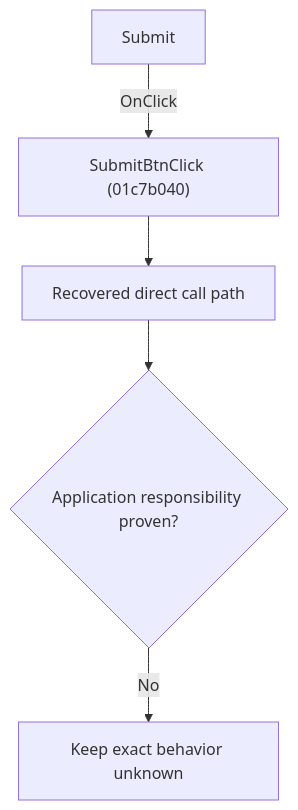
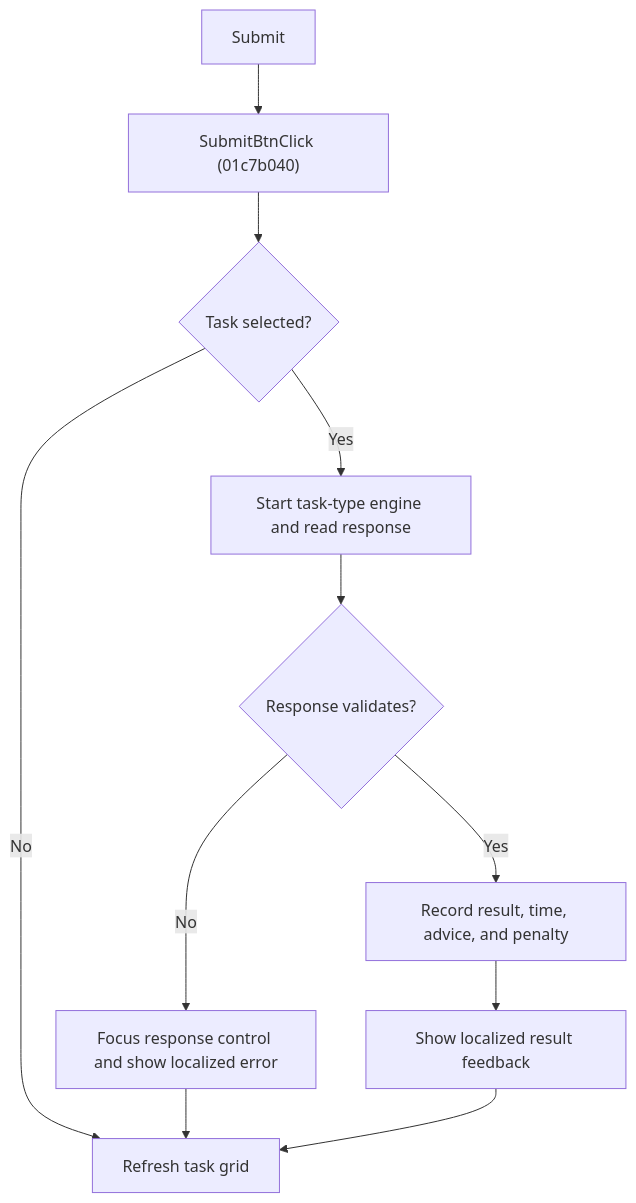
One commit to MovGP0/TIARA changed the diagram in docs/ui-controls/schematiceditor/submitbtn-386bf7c8f9.md. Above: the diagram before and after it, drawn with Mermaid. The commit also changed other lines of this file and 241 other files, not shown here.

````diff
--- a/docs/ui-controls/schematiceditor/submitbtn-386bf7c8f9.md
+++ b/docs/ui-controls/schematiceditor/submitbtn-386bf7c8f9.md
@@ -27,7 +20,13 @@
 ```mermaid
 flowchart TD
-    control["Submit"] -->|"OnClick"| handler["SubmitBtnClick (01c7b040)"]
-    handler --> recovered["Recovered direct call path"]
-    recovered --> gap{"Application responsibility proven?"}
-    gap -->|"No"| blocked["Keep exact behavior unknown"]
+    control["Submit"] --> handler["SubmitBtnClick (01c7b040)"]
+    handler --> selected{"Task selected?"}
+    selected -->|"No"| refresh["Refresh task grid"]
+    selected -->|"Yes"| prepare["Start task-type engine and read response"]
+    prepare --> valid{"Response validates?"}
+    valid -->|"No"| error["Focus response control and show localized error"]
+    valid -->|"Yes"| record["Record result, time, advice, and penalty"]
+    record --> feedback["Show localized result feedback"]
+    error --> refresh
+    feedback --> refresh
 ```
````
